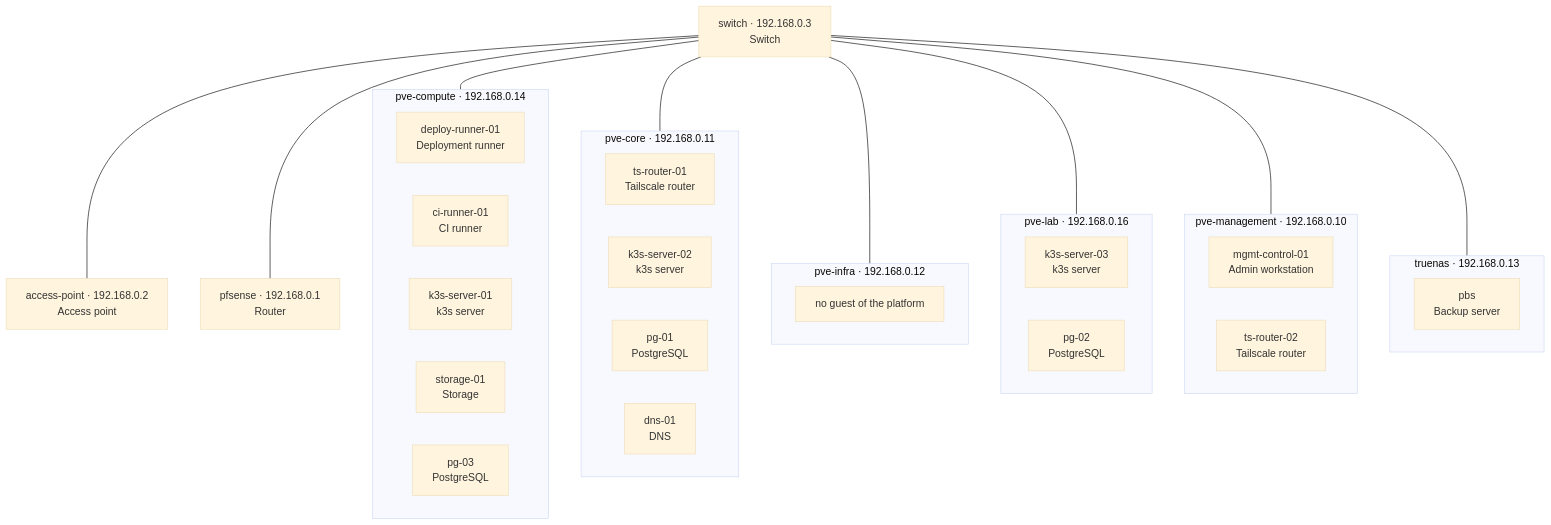
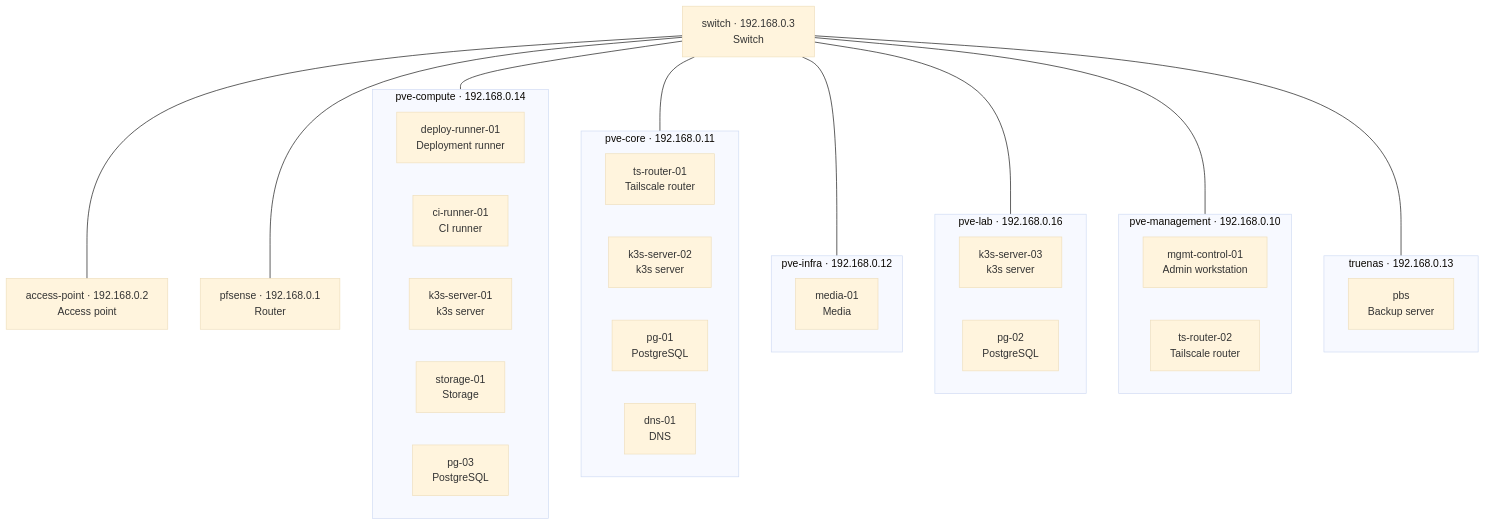
One commit to doku-code/homelab-iac changed the diagram in docs/home.md. Above: the diagram before and after it, drawn with Mermaid (base theme). The commit also changed 13 other files, not shown here.

Commit message:
feat(media): graphics adapter for Jellyfin, Docker waits for it at boot, archive of the SQLite copies; guide and evidence (TASK-036)

````diff
--- a/docs/home.md
+++ b/docs/home.md
@@ -54,41 +54,41 @@
 ```mermaid
 flowchart TB
   access_point["access-point · 192.168.0.2<br/>Access point"]
   pfsense["pfsense · 192.168.0.1<br/>Router"]
   subgraph pve_compute["pve-compute · 192.168.0.14"]
     deploy_runner_01["deploy-runner-01<br/>Deployment runner"]
     ci_runner_01["ci-runner-01<br/>CI runner"]
     k3s_server_01["k3s-server-01<br/>k3s server"]
     storage_01["storage-01<br/>Storage"]
     pg_03["pg-03<br/>PostgreSQL"]
   end
   subgraph pve_core["pve-core · 192.168.0.11"]
     ts_router_01["ts-router-01<br/>Tailscale router"]
     k3s_server_02["k3s-server-02<br/>k3s server"]
     pg_01["pg-01<br/>PostgreSQL"]
     dns_01["dns-01<br/>DNS"]
   end
   subgraph pve_infra["pve-infra · 192.168.0.12"]
-    pve_infra_empty["no guest of the platform"]
+    media_01["media-01<br/>Media"]
   end
   subgraph pve_lab["pve-lab · 192.168.0.16"]
     k3s_server_03["k3s-server-03<br/>k3s server"]
     pg_02["pg-02<br/>PostgreSQL"]
   end
   subgraph pve_management["pve-management · 192.168.0.10"]
     mgmt_control_01["mgmt-control-01<br/>Admin workstation"]
     ts_router_02["ts-router-02<br/>Tailscale router"]
   end
   switch["switch · 192.168.0.3<br/>Switch"]
   subgraph truenas["truenas · 192.168.0.13"]
     pbs["pbs<br/>Backup server"]
   end
   switch --- access_point
   switch --- pfsense
   switch --- pve_compute
   switch --- pve_core
   switch --- pve_infra
   switch --- pve_lab
   switch --- pve_management
   switch --- truenas
 ```
````
